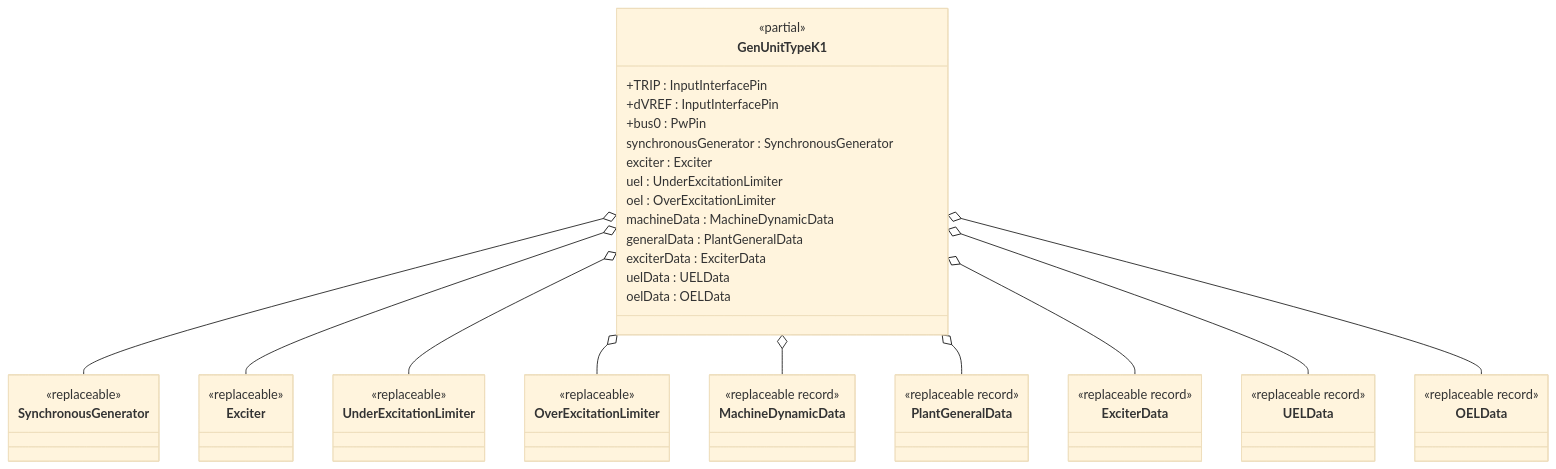
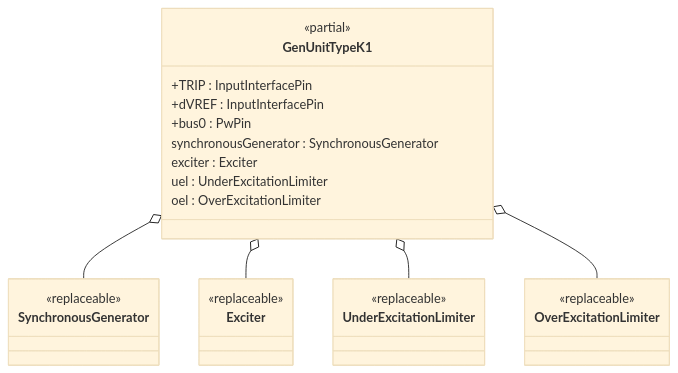
One commit to Opal-RT-Technologies/ephasorsim-modelica-library changed the first of 2 diagrams in modelica/OpalRT/docs/TypeK.md. Above: the diagram before and after it, drawn with Mermaid (base theme). The commit also changed other lines of this file and 56 other files, not shown here.

````diff
--- a/modelica/OpalRT/docs/TypeK.md
+++ b/modelica/OpalRT/docs/TypeK.md
@@ -43,36 +41,21 @@
 ```mermaid
 classDiagram
 class GenUnitTypeK1 {
   <<partial>>
   +TRIP : InputInterfacePin
   +dVREF : InputInterfacePin
   +bus0 : PwPin
   synchronousGenerator : SynchronousGenerator
   exciter : Exciter
   uel : UnderExcitationLimiter
   oel : OverExcitationLimiter
-  machineData : MachineDynamicData
-  generalData : PlantGeneralData
-  exciterData : ExciterData
-  uelData : UELData
-  oelData : OELData
 }
 class SynchronousGenerator { <<replaceable>> }
 class Exciter { <<replaceable>> }
 class UnderExcitationLimiter { <<replaceable>> }
 class OverExcitationLimiter { <<replaceable>> }
-class MachineDynamicData { <<replaceable record>> }
-class PlantGeneralData { <<replaceable record>> }
-class ExciterData { <<replaceable record>> }
-class UELData { <<replaceable record>> }
-class OELData { <<replaceable record>> }
 GenUnitTypeK1 o-- SynchronousGenerator
 GenUnitTypeK1 o-- Exciter
 GenUnitTypeK1 o-- UnderExcitationLimiter
 GenUnitTypeK1 o-- OverExcitationLimiter
-GenUnitTypeK1 o-- MachineDynamicData
-GenUnitTypeK1 o-- PlantGeneralData
-GenUnitTypeK1 o-- ExciterData
-GenUnitTypeK1 o-- UELData
-GenUnitTypeK1 o-- OELData
 ```
````
